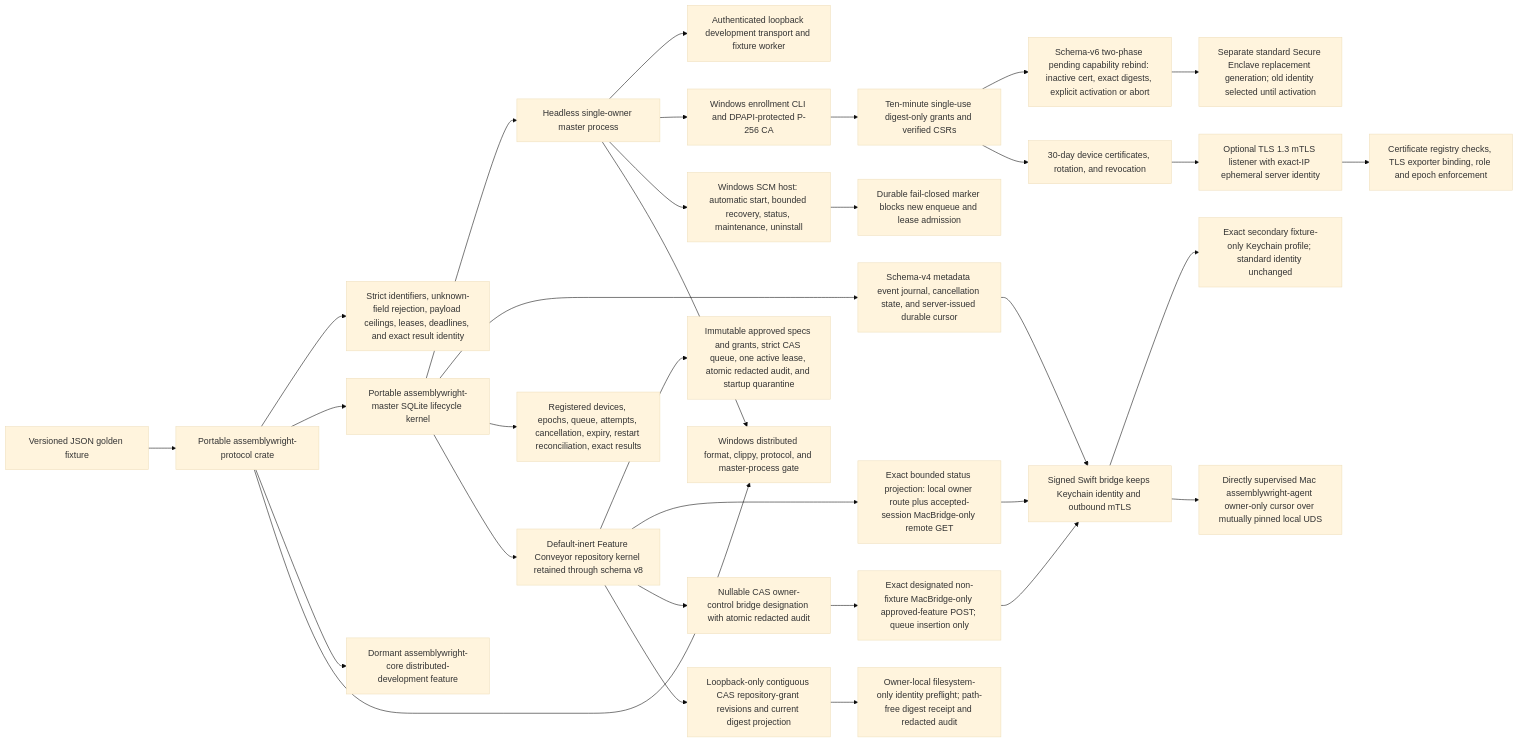
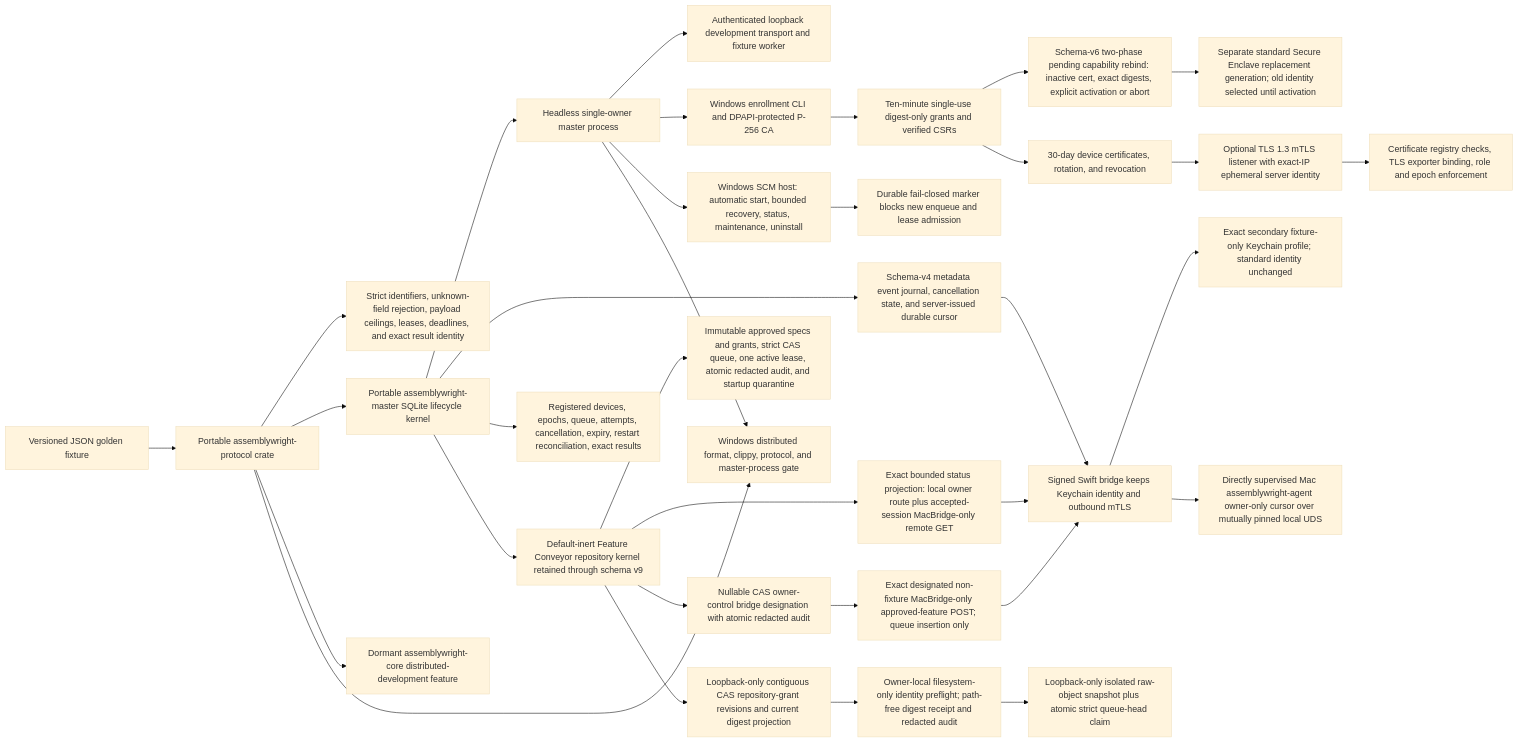
Before and after one commit to malak333/Assemblywright: the first of 2 diagrams in docs/architecture-map.md, drawn with Mermaid (base theme). The commit also changed other lines of this file and 21 other files, not shown here.

Commit message:
Bind feature claims to repository snapshots

````diff
--- a/docs/architecture-map.md
+++ b/docs/architecture-map.md
@@ -7,34 +7,35 @@
 ```mermaid
 flowchart LR
   Fixture["Versioned JSON golden fixture"] --> Protocol["Portable assemblywright-protocol crate"]
   Protocol --> Bounds["Strict identifiers, unknown-field rejection, payload ceilings, leases, deadlines, and exact result identity"]
   Protocol --> Master["Portable assemblywright-master SQLite lifecycle kernel"]
   Master --> Process["Headless single-owner master process"]
   Process --> Local["Authenticated loopback development transport and fixture worker"]
   Process --> Identity["Windows enrollment CLI and DPAPI-protected P-256 CA"]
   Identity --> Grants["Ten-minute single-use digest-only grants and verified CSRs"]
   Grants --> Rebind["Schema-v6 two-phase pending capability rebind: inactive cert, exact digests, explicit activation or abort"]
   Rebind --> Replacement["Separate standard Secure Enclave replacement generation; old identity selected until activation"]
   Grants --> Certificates["30-day device certificates, rotation, and revocation"]
   Certificates --> Remote["Optional TLS 1.3 mTLS listener with exact-IP ephemeral server identity"]
   Remote --> Binding["Certificate registry checks, TLS exporter binding, role and epoch enforcement"]
   Master --> Events["Schema-v4 metadata event journal, cancellation state, and server-issued durable cursor"]
   Events --> Helper["Signed Swift bridge keeps Keychain identity and outbound mTLS"]
   Helper --> FixtureIdentity["Exact secondary fixture-only Keychain profile; standard identity unchanged"]
   Helper --> Agent["Directly supervised Mac assemblywright-agent owner-only cursor over mutually pinned local UDS"]
   Process --> Service["Windows SCM host: automatic start, bounded recovery, status, maintenance, uninstall"]
   Service --> Maintenance["Durable fail-closed marker blocks new enqueue and lease admission"]
   Master --> Durable["Registered devices, epochs, queue, attempts, cancellation, expiry, restart reconciliation, exact results"]
-  Master --> Conveyor["Default-inert Feature Conveyor repository kernel retained through schema v8"]
+  Master --> Conveyor["Default-inert Feature Conveyor repository kernel retained through schema v9"]
   Conveyor --> ConveyorSafety["Immutable approved specs and grants, strict CAS queue, one active lease, atomic redacted audit, and startup quarantine"]
   Conveyor --> Observer["Exact bounded status projection: local owner route plus accepted-session MacBridge-only remote GET"]
   Observer --> Helper
   Conveyor --> OwnerDesignation["Nullable CAS owner-control bridge designation with atomic redacted audit"]
   Conveyor --> GrantControl["Loopback-only contiguous CAS repository-grant revisions and current digest projection"]
   GrantControl --> RepositoryPreflight["Owner-local filesystem-only identity preflight; path-free digest receipt and redacted audit"]
+  RepositoryPreflight --> SnapshotClaim["Loopback-only isolated raw-object snapshot plus atomic strict queue-head claim"]
   OwnerDesignation --> OwnerAction["Exact designated non-fixture MacBridge-only approved-feature POST; queue insertion only"]
   OwnerAction --> Helper
   Protocol --> Feature["Dormant assemblywright-core distributed-development feature"]
   Protocol --> Windows["Windows distributed format, clippy, protocol, and master-process gate"]
   Process --> Windows
 ```
````
